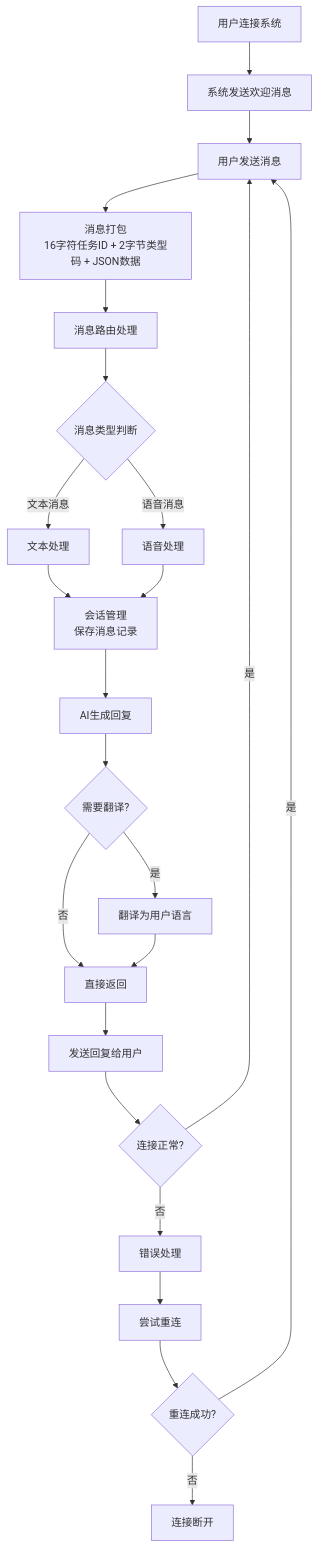
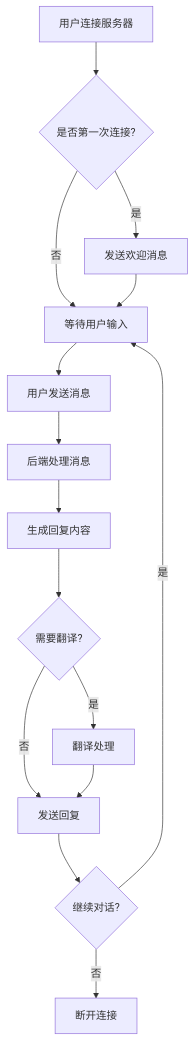
The diagram in all/未命名.md (Ssl1S/iodraw-files), drawn with Mermaid before and after one commit.

Commit message:
2025-07-18 21:55:11 update

````diff
--- a/all/未命名.md
+++ b/all/未命名.md
@@ -1,25 +1,18 @@
 ```mermaid
+
   flowchart TD
-      A[用户连接系统] --> B[系统发送欢迎消息]
-      B --> C[用户发送消息]
-      C --> D[消息打包<br/>16字符任务ID + 2字节类型码 + JSON数据]
-      D --> E[消息路由处理]
-      E --> F{消息类型判断}
-      F -->|文本消息| G[文本处理]
-      F -->|语音消息| H[语音处理]
-      G --> I[会话管理<br/>保存消息记录]
-      H --> I
-      I --> J[AI生成回复]
-      J --> K{需要翻译?}
-      K -->|是| L[翻译为用户语言]
-      K -->|否| M[直接返回]
-      L --> M
-      M --> N[发送回复给用户]
-      N --> O{连接正常?}
-      O -->|是| C
-      O -->|否| P[错误处理]
-      P --> Q[尝试重连]
-      Q --> R{重连成功?}
-      R -->|是| C
-      R -->|否| S[连接断开]
+      A[用户连接服务器] --> B{是否第一次连接?}
+      B -->|是| C[发送欢迎消息]
+      B -->|否| D[等待用户输入]
+      C --> D
+      D --> E[用户发送消息]
+      E --> F[后端处理消息]
+      F --> G[生成回复内容]
+      G --> H{需要翻译?}
+      H -->|是| I[翻译处理]
+      H -->|否| J[发送回复]
+      I --> J
+      J --> K{继续对话?}
+      K -->|是| D
+      K -->|否| L[断开连接]
 ```
````
